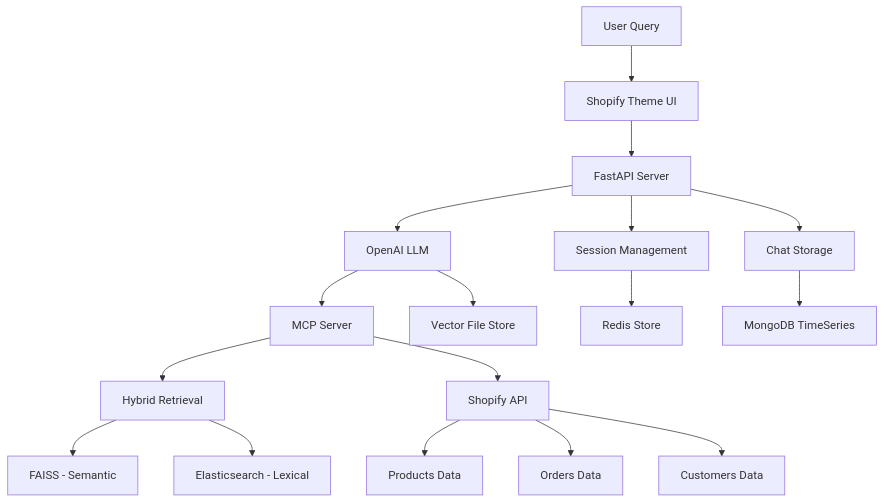
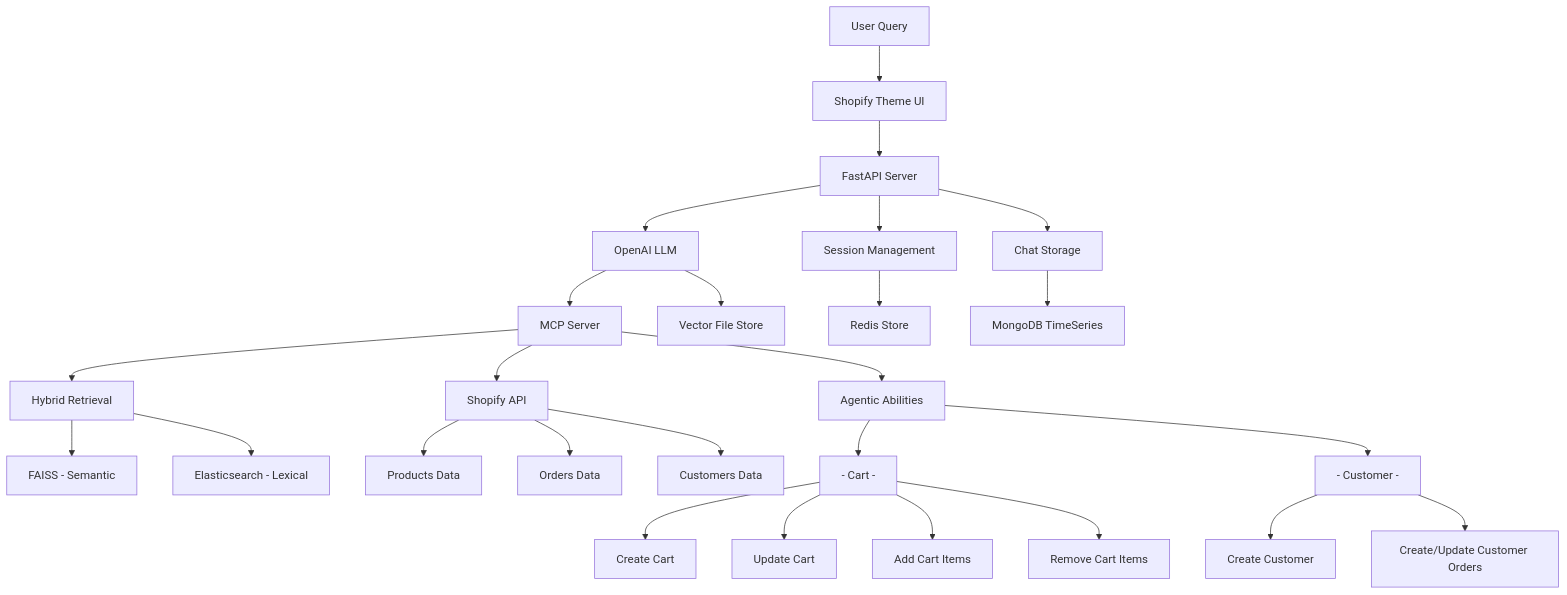
The diagram in README.md (Mobeen-Dev/chatbot_Shopify), drawn with Mermaid before and after one commit. The commit also changed other lines of this file, not shown here.

````diff
--- a/README.md
+++ b/README.md
@@ -37,19 +57,28 @@
 ```mermaid
 graph TD
     A[User Query] --> B[Shopify Theme UI]
     B --> C[FastAPI Server]
     C --> D[OpenAI LLM]    
     D --> N[MCP Server]
     N --> E[Hybrid Retrieval]
     E --> F[FAISS - Semantic]
     E --> G[Elasticsearch - Lexical]
     N --> H[Shopify API]
     H --> Q[Products Data]
     H --> R[Orders Data]
     H --> S[Customers Data]
     C --> O[Session Management]
     O --> I[Redis Store]
     C --> P[Chat Storage]
     P --> J[MongoDB TimeSeries]
     D --> M[Vector File Store]
+    N --> Ai[Agentic Abilities]
+    Ai --> AA[- Cart -]
+    AA --> AB[Create Cart]
+    AA --> AC[Update Cart]
+    AA --> AD[Add Cart Items]
+    AA --> AE[Remove Cart Items]
+    Ai --> AH[- Customer -]
+    AH --> AF[Create Customer]
+    AH --> AG[Create/Update Customer Orders]
 ```
````
